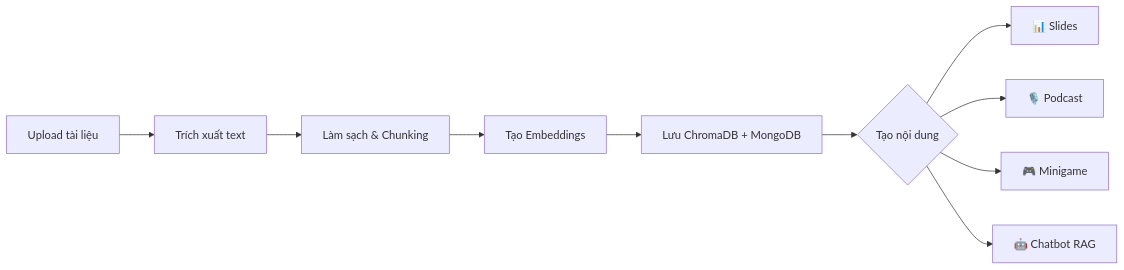
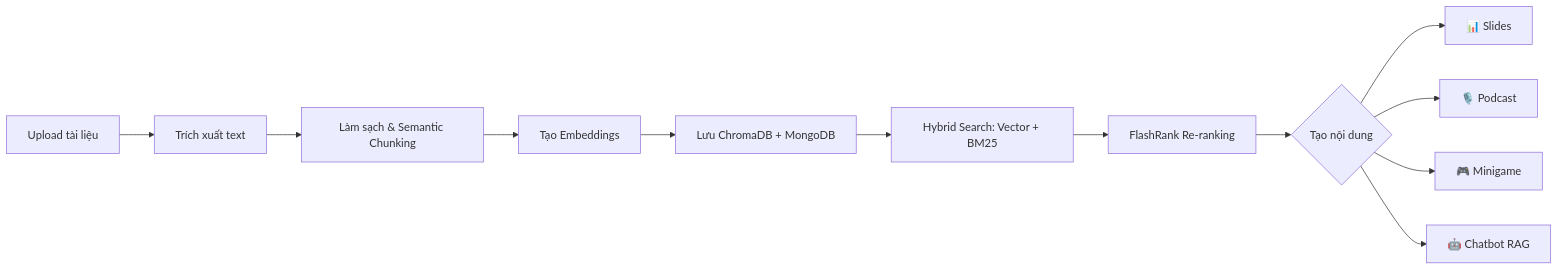
The first of 2 diagrams in README.md (Kietnehi/AI-FOR-EDUCATION), drawn with Mermaid before and after one commit. The commit also changed other lines of this file and 32 other files, not shown here.

````diff
--- a/README.md
+++ b/README.md
@@ -176,12 +176,14 @@
 ```mermaid
 flowchart LR
     A[Upload tài liệu] --> B[Trích xuất text]
-    B --> C[Làm sạch & Chunking]
+    B --> C[Làm sạch & Semantic Chunking]
     C --> D[Tạo Embeddings]
     D --> E[Lưu ChromaDB + MongoDB]
-    E --> F{Tạo nội dung}
-    F --> G[📊 Slides]
-    F --> H[🎙️ Podcast]
-    F --> I[🎮 Minigame]
-    F --> J[🤖 Chatbot RAG]
+    E --> F[Hybrid Search: Vector + BM25]
+    F --> G[FlashRank Re-ranking]
+    G --> H{Tạo nội dung}
+    H --> I[📊 Slides]
+    H --> J[🎙️ Podcast]
+    H --> K[🎮 Minigame]
+    H --> L[🤖 Chatbot RAG]
 ```
````
